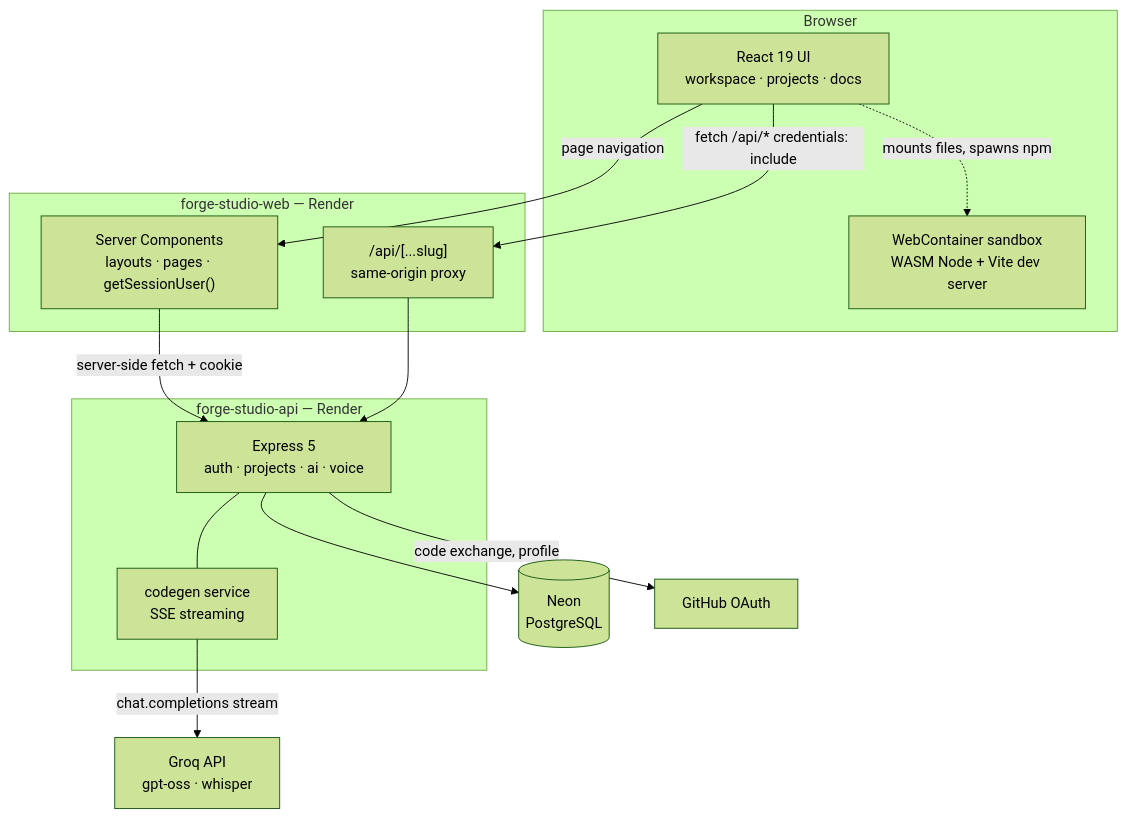
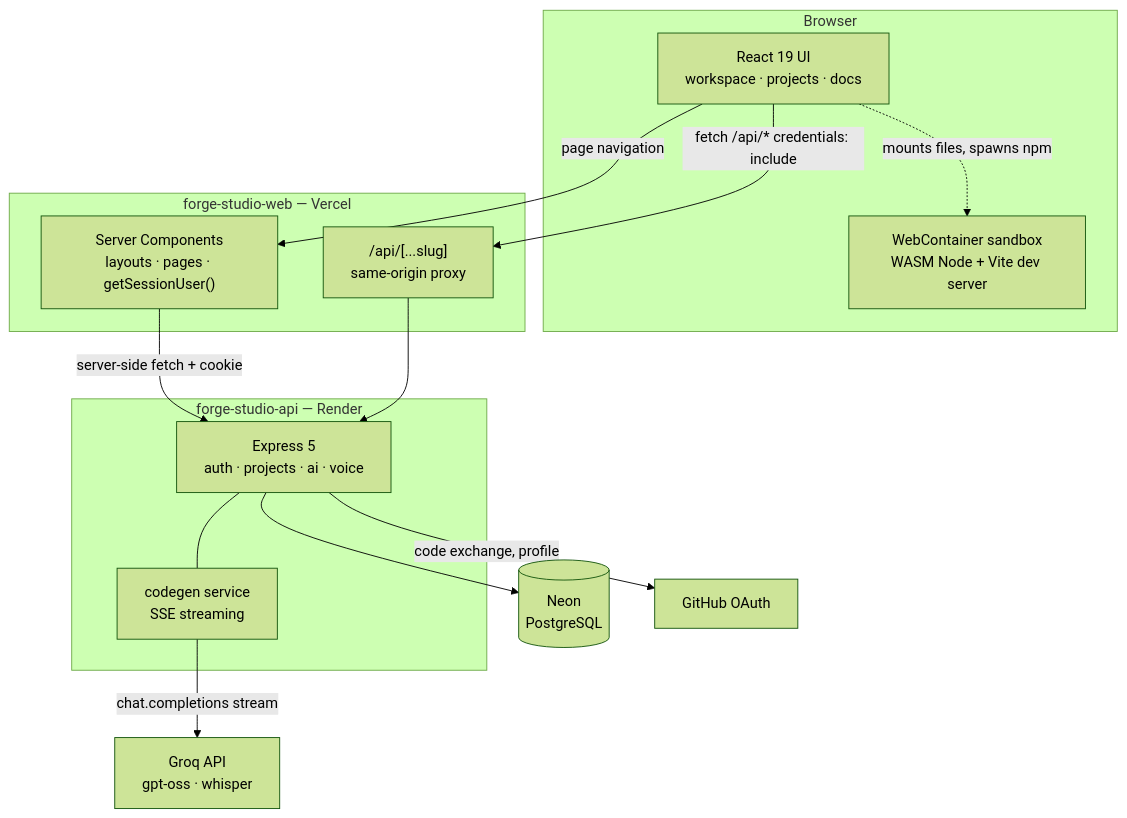
The first of 6 diagrams in README.md (Shubham02022002/forge-studio), drawn with Mermaid (forest theme) before and after one commit. The commit also changed other lines of this file and 2 other files, not shown here.

````diff
--- a/README.md
+++ b/README.md
@@ -29,31 +29,31 @@
 ```mermaid
 flowchart TB
   subgraph Browser["Browser"]
     UI["React 19 UI<br/>workspace · projects · docs"]
     WC["WebContainer sandbox<br/>WASM Node + Vite dev server"]
     UI -.->|"mounts files, spawns npm"| WC
   end
 
-  subgraph Web["forge-studio-web — Render"]
+  subgraph Web["forge-studio-web — Vercel"]
     SSR["Server Components<br/>layouts · pages · getSessionUser()"]
     Proxy["/api/[...slug]<br/>same-origin proxy"]
   end
 
   subgraph API["forge-studio-api — Render"]
     Express["Express 5<br/>auth · projects · ai · voice"]
     Codegen["codegen service<br/>SSE streaming"]
     Express --- Codegen
   end
 
   DB[("Neon<br/>PostgreSQL")]
   Groq["Groq API<br/>gpt-oss · whisper"]
   GH["GitHub OAuth"]
 
   UI -->|"fetch /api/* credentials: include"| Proxy
   UI -->|"page navigation"| SSR
   SSR -->|"server-side fetch + cookie"| Express
   Proxy --> Express
   Express --> DB
   Codegen -->|"chat.completions stream"| Groq
   Express -->|"code exchange, profile"| GH
 ```
````
